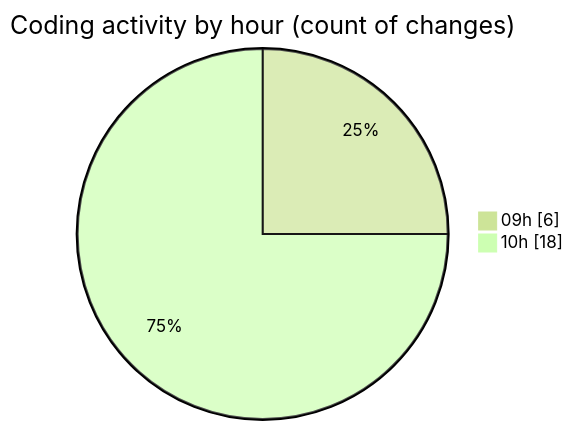
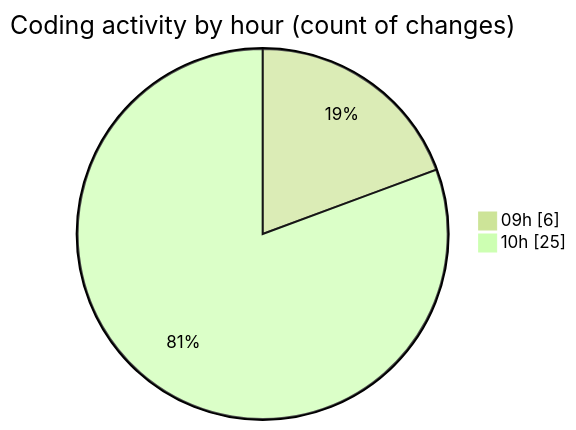
One commit to momahboobian/code-tracking changed the second of 2 diagrams in 2025-01-20/activity-tracker/README.md. Above: the diagram before and after it, drawn with Mermaid (forest theme). The commit also changed other lines of this file and 1 other file, not shown here.

````diff
--- a/2025-01-20/activity-tracker/README.md
+++ b/2025-01-20/activity-tracker/README.md
@@ -31,6 +31,6 @@
 ```mermaid
 pie showData
 title Coding activity by hour (count of changes)
 "09h" : 6
-"10h" : 18
+"10h" : 25
 ```
````
